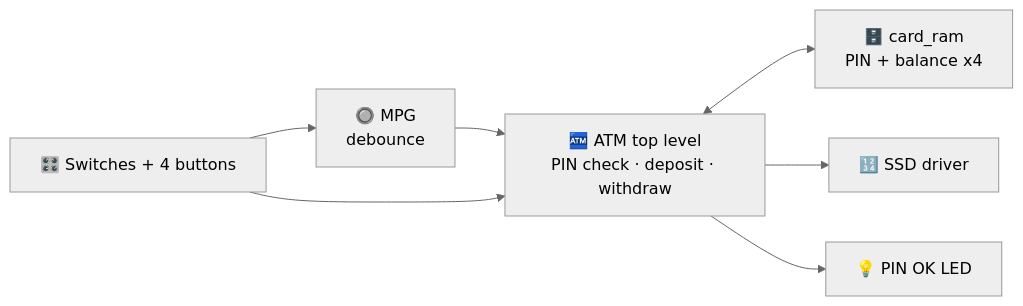
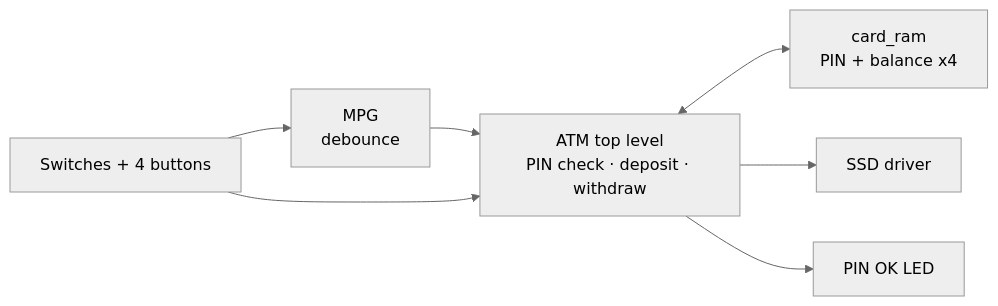
Before and after one commit to nitamaria200/ATMProject: the diagram in README.md, drawn with Mermaid (neutral theme). The commit also changed other lines of this file, not shown here.

````diff
--- a/README.md
+++ b/README.md
@@ -26,8 +18,8 @@
 ```mermaid
 flowchart LR
-    IN["🎛️ Switches + 4 buttons"] --> MPG["🔘 MPG<br/>debounce"] --> ATM["🏧 ATM top level<br/>PIN check · deposit · withdraw"]
+    IN["Switches + 4 buttons"] --> MPG["MPG<br/>debounce"] --> ATM["ATM top level<br/>PIN check · deposit · withdraw"]
     IN --> ATM
-    ATM <--> RAM["🗄️ card_ram<br/>PIN + balance x4"]
-    ATM --> SSD["🔢 SSD driver"]
-    ATM --> LED["💡 PIN OK LED"]
+    ATM <--> RAM["card_ram<br/>PIN + balance x4"]
+    ATM --> SSD["SSD driver"]
+    ATM --> LED["PIN OK LED"]
 ```
````
